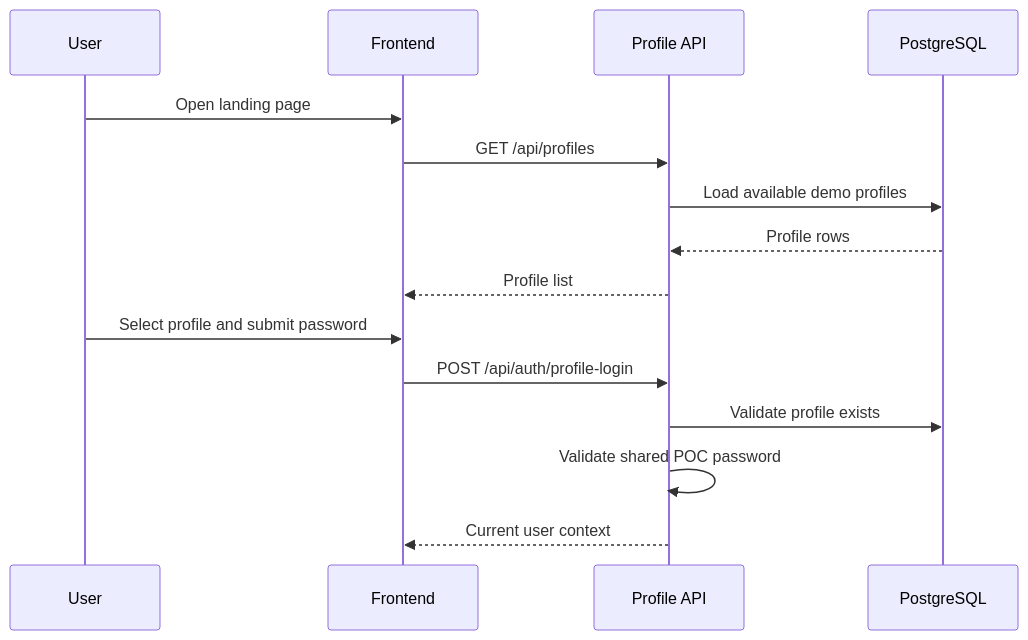
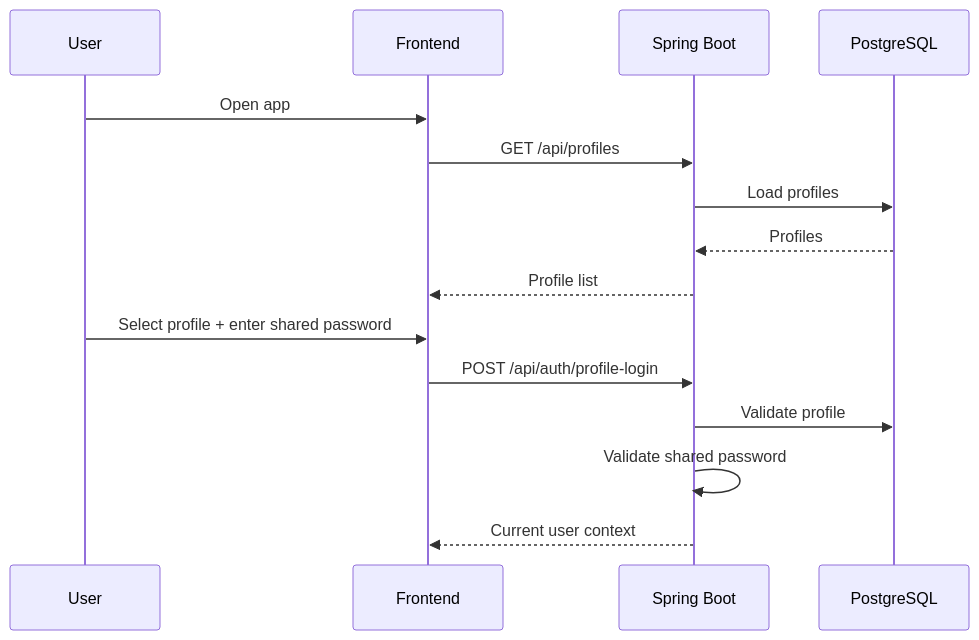
The second of 4 diagrams in docs/01-system_design.md (VictorZhong/chat2pay), drawn with Mermaid before and after one commit. The commit also changed other lines of this file and 10 other files, not shown here.

````diff
--- a/docs/01-system_design.md
+++ b/docs/01-system_design.md
@@ -371,19 +389,19 @@
 ```mermaid
 sequenceDiagram
     participant U as User
     participant FE as Frontend
-    participant API as Profile API
+    participant API as Spring Boot
     participant DB as PostgreSQL
 
-    U->>FE: Open landing page
+    U->>FE: Open app
     FE->>API: GET /api/profiles
-    API->>DB: Load available demo profiles
-    DB-->>API: Profile rows
+    API->>DB: Load profiles
+    DB-->>API: Profiles
     API-->>FE: Profile list
 
-    U->>FE: Select profile and submit password
+    U->>FE: Select profile + enter shared password
     FE->>API: POST /api/auth/profile-login
-    API->>DB: Validate profile exists
-    API->>API: Validate shared POC password
+    API->>DB: Validate profile
+    API->>API: Validate shared password
     API-->>FE: Current user context
 ```
````
